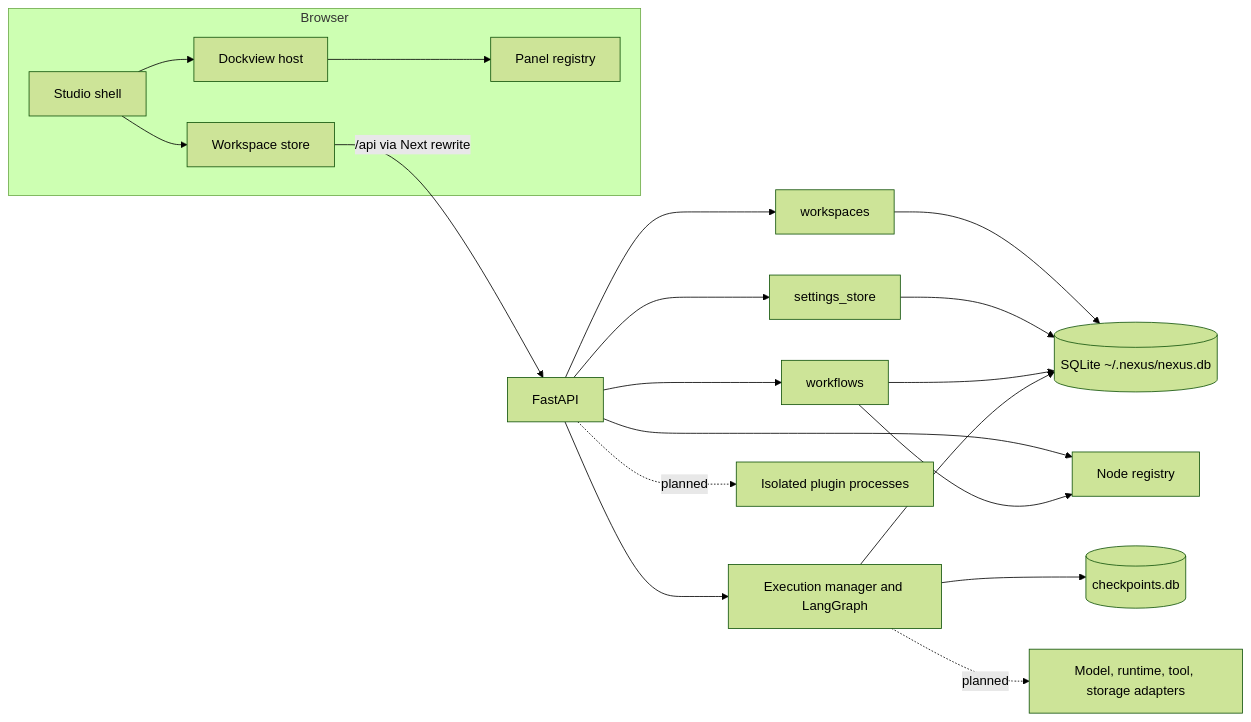
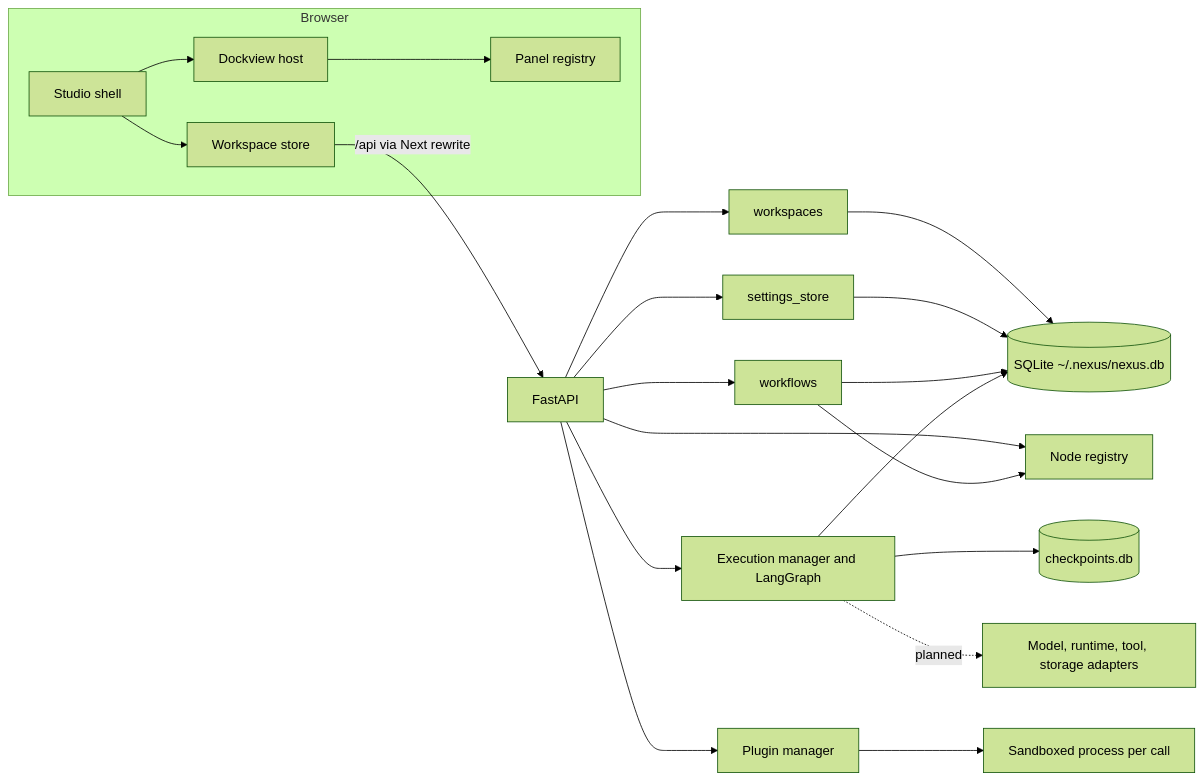
Before and after one commit to AntonFrDe/Nexus-Ai: the diagram in docs/ARCHITECTURE.md, drawn with Mermaid (forest theme). The commit also changed other lines of this file and 41 other files, not shown here.

````diff
--- a/docs/ARCHITECTURE.md
+++ b/docs/ARCHITECTURE.md
@@ -7,22 +7,23 @@
 ```mermaid
 flowchart LR
   subgraph Browser
     Shell[Studio shell] --> Dock[Dockview host]
     Dock --> Registry[Panel registry]
     Shell --> Store[Workspace store]
   end
   Store -->|/api via Next rewrite| API[FastAPI]
   API --> WS[workspaces]
   API --> ST[settings_store]
   API --> WF[workflows]
   API --> NR[Node registry]
   WF --> NR
   WS --> DB[(SQLite ~/.nexus/nexus.db)]
   ST --> DB
   WF --> DB
   API --> Engine[Execution manager and LangGraph]
   Engine --> CK[(checkpoints.db)]
   Engine --> DB
   Engine -.planned.-> Adapters[Model, runtime, tool, storage adapters]
-  API -.planned.-> Plugins[Isolated plugin processes]
+  API --> Plugins[Plugin manager]
+  Plugins --> Sandbox[Sandboxed process per call]
 ```
````
